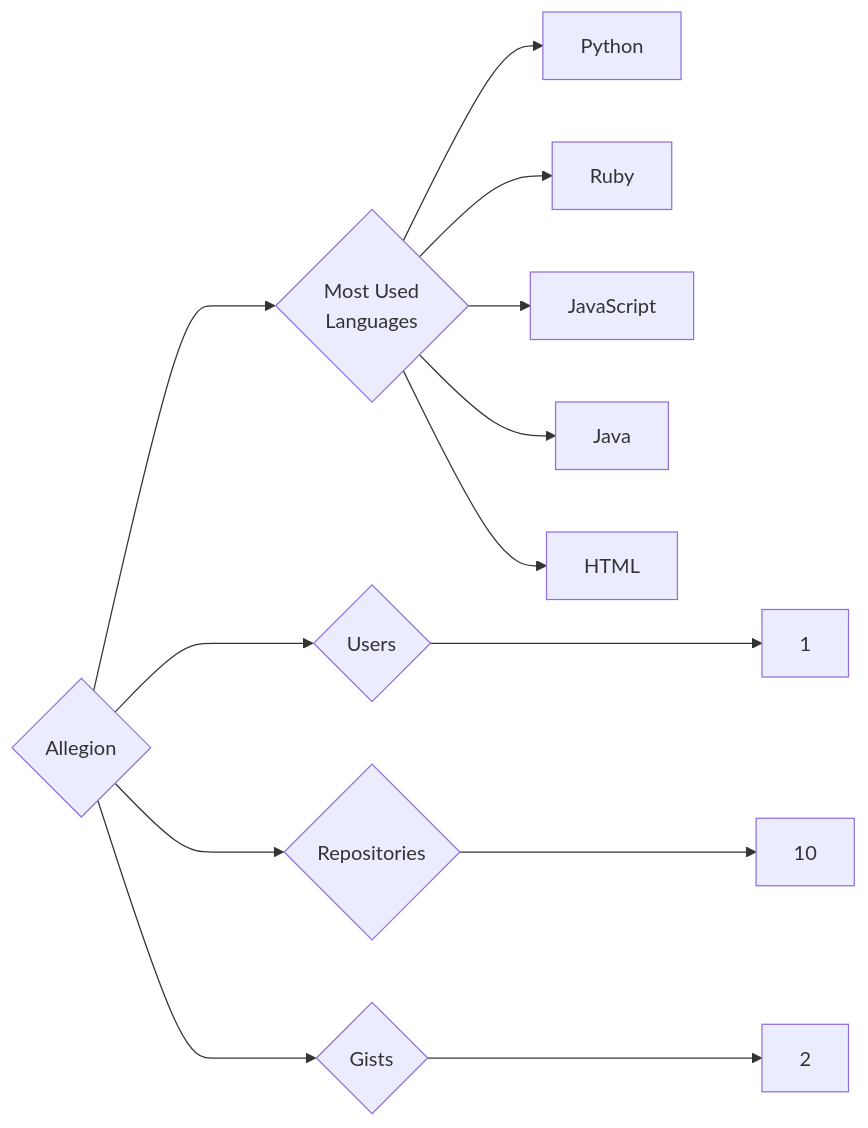
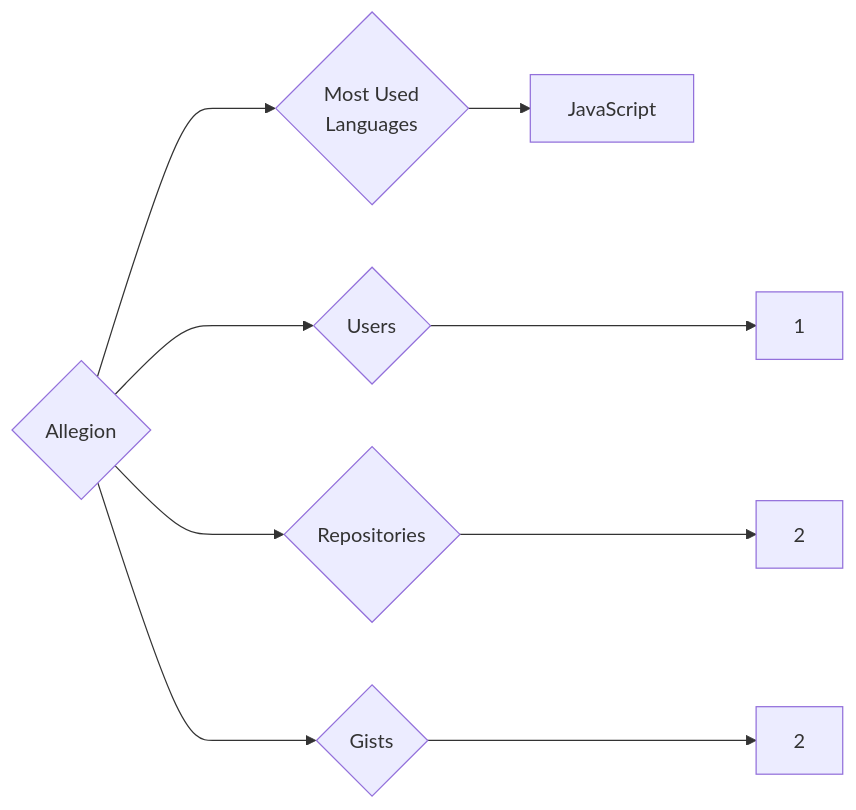
One commit to trickest/insiders changed the diagram in targets/Allegion/README.md. Above: the diagram before and after it, drawn with Mermaid. The commit also changed 859 other files, not shown here.

````diff
--- a/targets/Allegion/README.md
+++ b/targets/Allegion/README.md
@@ -3,13 +3,9 @@
 ```mermaid
 graph LR
 COMPANY_NAME{Allegion}
 COMPANY_NAME ---> U{Users} ---> UN[1]
-COMPANY_NAME ---> R{Repositories} ---> RN[10]
+COMPANY_NAME ---> R{Repositories} ---> RN[2]
 COMPANY_NAME ---> G{Gists} ---> GN[2]
 COMPANY_NAME ---> ML{Most Used<br>Languages}
-ML --> Python[Python]
-ML --> Ruby[Ruby]
 ML --> JavaScript[JavaScript]
-ML --> Java[Java]
-ML --> HTML[HTML]
 ```
````
